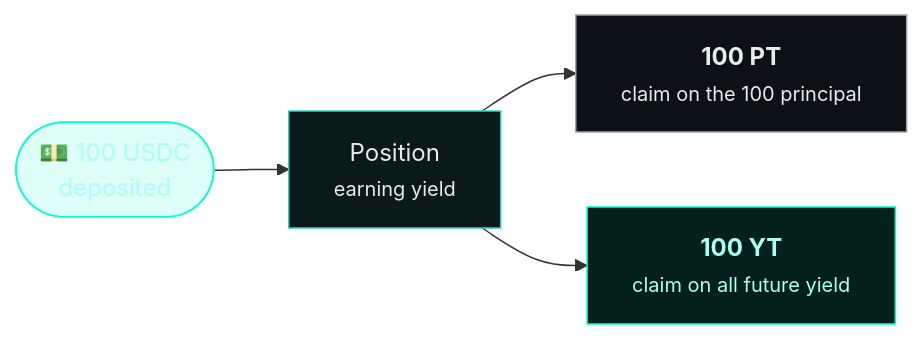
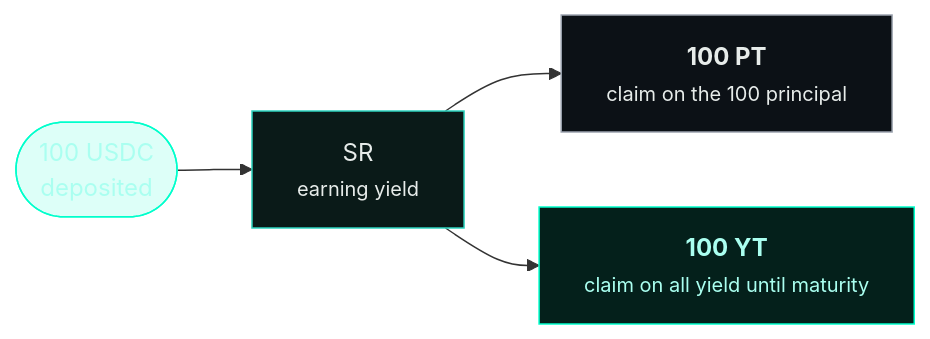
The first of 3 diagrams in content/docs/how-it-works/pt-and-yt.mdx (Suryashish/spield-docs), drawn with Mermaid before and after one commit. The commit also changed other lines of this file and 56 other files, not shown here.

````diff
--- a/content/docs/how-it-works/pt-and-yt.mdx
+++ b/content/docs/how-it-works/pt-and-yt.mdx
@@ -18,15 +19,15 @@
 ```mermaid
 flowchart LR
-  D(["💵 100 USDC<br/>deposited"]) --> P["Position<br/><small>earning yield</small>"]
-  P --> PT["<b>100 PT</b><br/><small>claim on the 100 principal</small>"]
-  P --> YT["<b>100 YT</b><br/><small>claim on all future yield</small>"]
+  D(["100 USDC<br/>deposited"]) --> SR["SR<br/><small>earning yield</small>"]
+  SR --> PT["<b>100 PT</b><br/><small>claim on the 100 principal</small>"]
+  SR --> YT["<b>100 YT</b><br/><small>claim on all yield until maturity</small>"]
 
   classDef src fill:#0a1a18,stroke:#2dd4bf,color:#e7ecea;
   classDef pt fill:#0c1116,stroke:#9ca3af,color:#e7ecea;
   classDef yt fill:#04201b,stroke:#00ffcc,color:#aafff0;
   classDef io fill:#00ffcc22,stroke:#00ffcc,color:#aafff0;
   class D io;
-  class P src;
+  class SR src;
   class PT pt;
   class YT yt;
 ```
````
